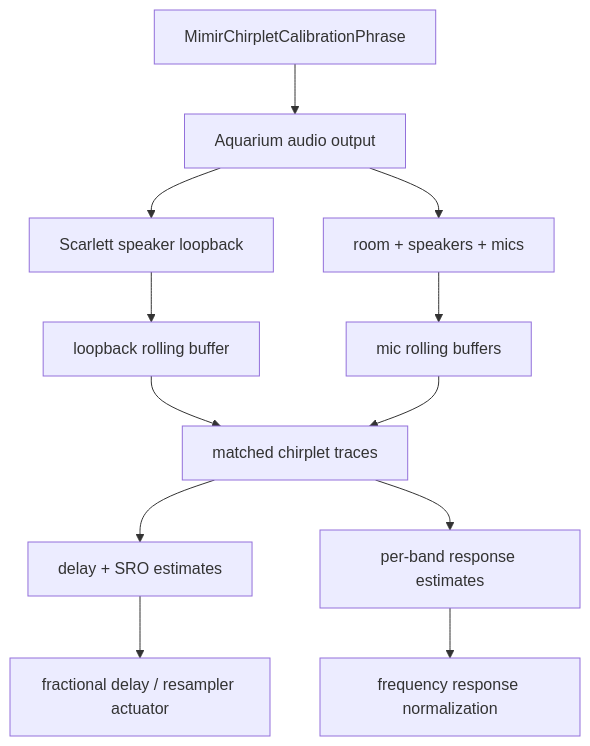
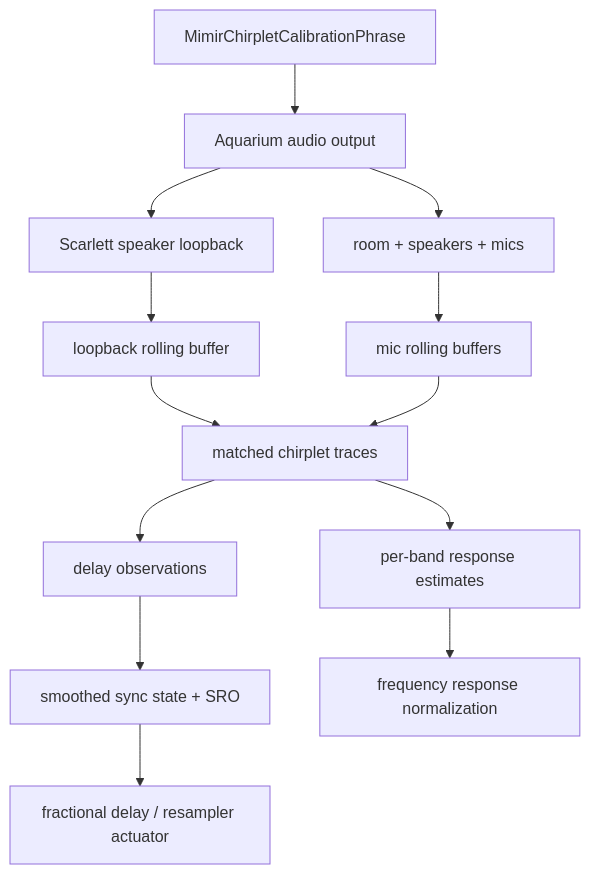
The second of 2 diagrams in docs/audio-field.md (GameCult/Mimir), drawn with Mermaid before and after one commit. The commit also changed other lines of this file and 11 other files, not shown here.

````diff
--- a/docs/audio-field.md
+++ b/docs/audio-field.md
@@ -83,14 +90,15 @@
 ```mermaid
 flowchart TD
     A["MimirChirpletCalibrationPhrase"] --> B["Aquarium audio output"]
     B --> C["Scarlett speaker loopback"]
     B --> D["room + speakers + mics"]
     C --> E["loopback rolling buffer"]
     D --> F["mic rolling buffers"]
     E --> G["matched chirplet traces"]
     F --> G
-    G --> H["delay + SRO estimates"]
+    G --> H["delay observations"]
+    H --> L["smoothed sync state + SRO"]
     G --> I["per-band response estimates"]
-    H --> J["fractional delay / resampler actuator"]
+    L --> J["fractional delay / resampler actuator"]
     I --> K["frequency response normalization"]
 ```
````
